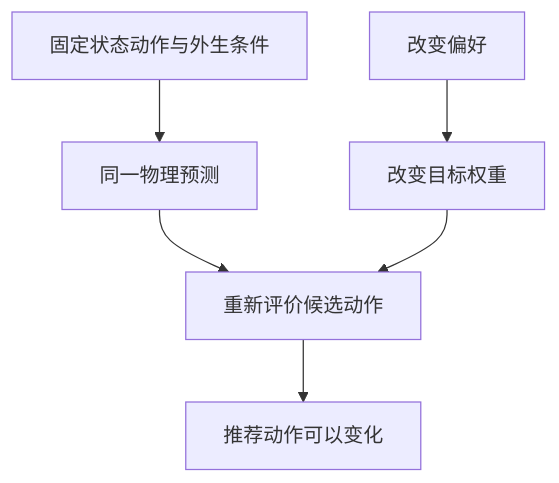
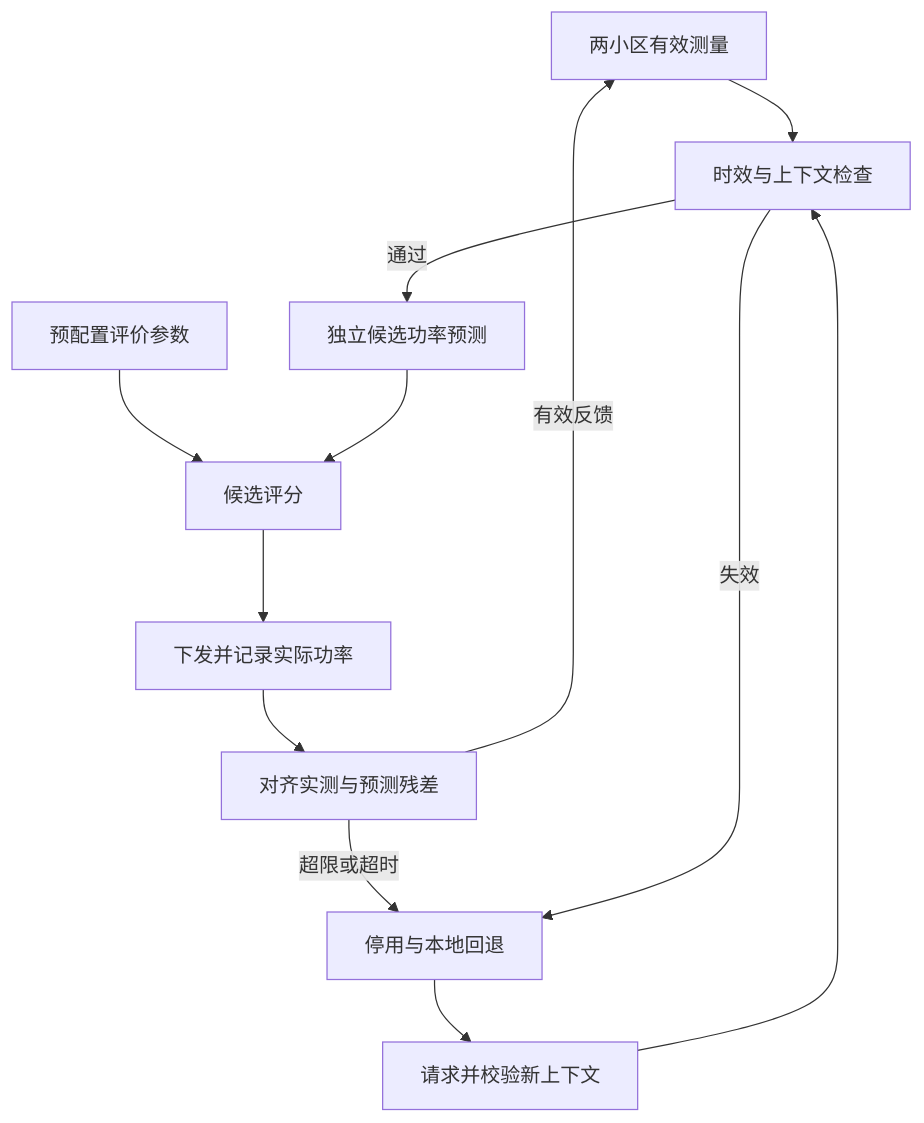
One commit to xuda1979/-6G-MR-NWM changed the fifth of 5 diagrams in patents/mr-nwm/INVENTION_DISCLOSURE_CN.md. Above: the diagram before and after it, drawn with Mermaid. The commit also changed other lines of this file and 12 other files, not shown here.

````diff
--- a/patents/mr-nwm/INVENTION_DISCLOSURE_CN.md
+++ b/patents/mr-nwm/INVENTION_DISCLOSURE_CN.md
@@ -111,8 +166,14 @@
 ```mermaid
 flowchart TD
- C[固定状态动作与外生条件] --> P[同一物理预测]
- I[改变偏好] --> W[改变目标权重]
- P --> U[重新评价候选动作]
- W --> U
- U --> A[推荐动作可以变化]
+ O[两小区有效测量] --> V[时效与上下文检查]
+ V -->|通过| P[独立候选功率预测]
+ W[预配置评价参数] --> R[候选评分]
+ P --> R
+ R --> E[下发并记录实际功率]
+ E --> D[对齐实测与预测残差]
+ D -->|有效反馈| O
+ D -->|超限或超时| B[停用与本地回退]
+ V -->|失效| B
+ B --> U[请求并校验新上下文]
+ U --> V
 ```
````
